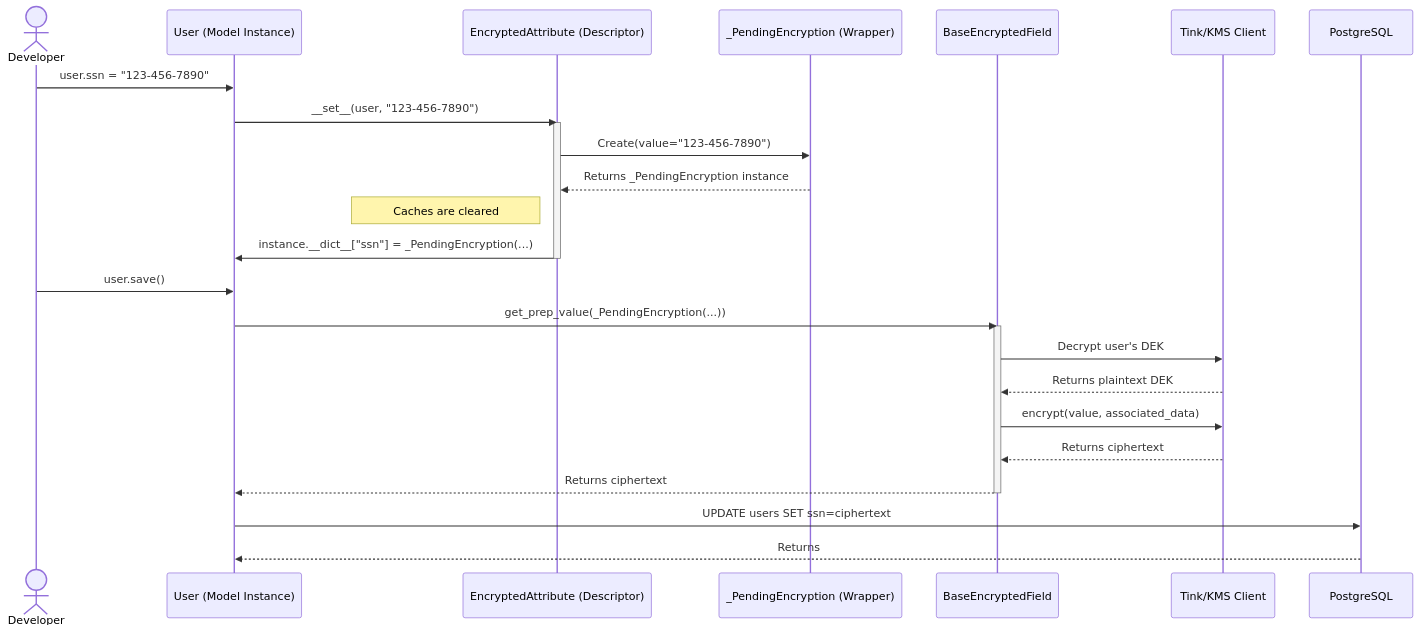
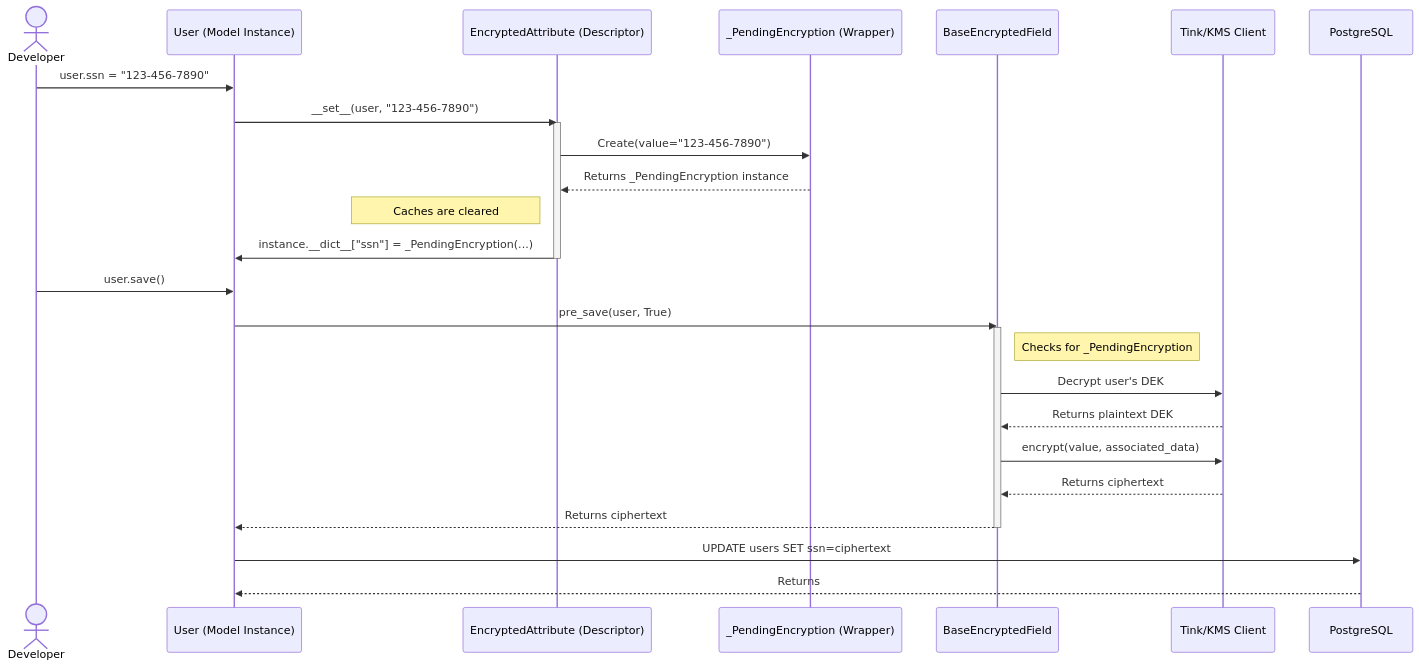
Before and after one commit to ocadotechnology/codeforlife-package-python: the second of 5 diagrams in docs/client-side-encryption.md, drawn with Mermaid. The commit also changed other lines of this file, not shown here.

Commit message:
Encrypted Model and Field Initialization

````diff
--- a/docs/client-side-encryption.md
+++ b/docs/client-side-encryption.md
@@ -198,31 +198,32 @@
 ```mermaid
 sequenceDiagram
     actor Developer
     participant User as User (Model Instance)
     participant EncryptedAttribute as EncryptedAttribute (Descriptor)
     participant _PendingEncryption as _PendingEncryption (Wrapper)
     participant BaseEncryptedField as BaseEncryptedField
     participant GcpKmsClient as Tink/KMS Client
     participant PostgreSQL
 
     Developer->>User: user.ssn = "123-456-7890"
     User->>EncryptedAttribute: __set__(user, "123-456-7890")
     activate EncryptedAttribute
     EncryptedAttribute->>_PendingEncryption: Create(value="123-456-7890")
     _PendingEncryption-->>EncryptedAttribute: Returns _PendingEncryption instance
     Note left of EncryptedAttribute: Caches are cleared
     EncryptedAttribute->>User: instance.__dict__["ssn"] = _PendingEncryption(...)
     deactivate EncryptedAttribute
 
     Developer->>User: user.save()
-    User->>BaseEncryptedField: get_prep_value(_PendingEncryption(...))
+    User->>BaseEncryptedField: pre_save(user, True)
     activate BaseEncryptedField
+    Note right of BaseEncryptedField: Checks for _PendingEncryption
     BaseEncryptedField->>GcpKmsClient: Decrypt user's DEK
     GcpKmsClient-->>BaseEncryptedField: Returns plaintext DEK
     BaseEncryptedField->>GcpKmsClient: encrypt(value, associated_data)
     GcpKmsClient-->>BaseEncryptedField: Returns ciphertext
     BaseEncryptedField-->>User: Returns ciphertext
     deactivate BaseEncryptedField
     User->>PostgreSQL: UPDATE users SET ssn=ciphertext
     PostgreSQL-->>User: Returns
 ```
````
